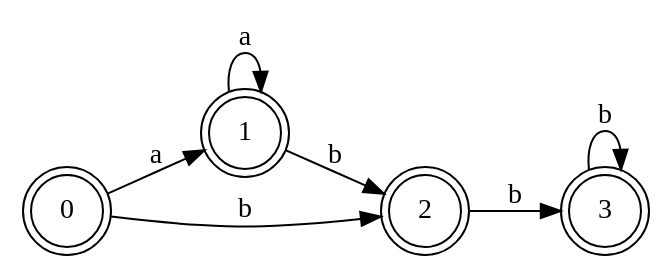
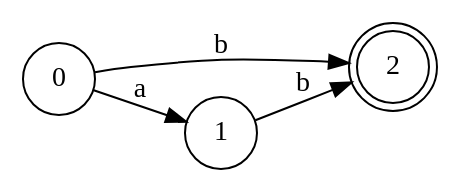
Before and after one commit to paulbelches/scannerAndParserGenerator: the diagram in afd.gv, drawn with Graphviz. The commit also changed 10 other files, not shown here.

```diff
--- a/afd.gv
+++ b/afd.gv
@@ -1,25 +1,13 @@
 digraph finite_state_machine {
 	rankdir=LR size="8,5"
 	node [shape=doublecircle]
-	0
-
-	1
-
 	2
-
-	3
 
 	node [shape=circle]
 	0 -> 1 [label=a
 ]
 	0 -> 2 [label=b
 ]
-	1 -> 1 [label=a
-]
 	1 -> 2 [label=b
 ]
-	2 -> 3 [label=b
-]
-	3 -> 3 [label=b
-]
 }
```
